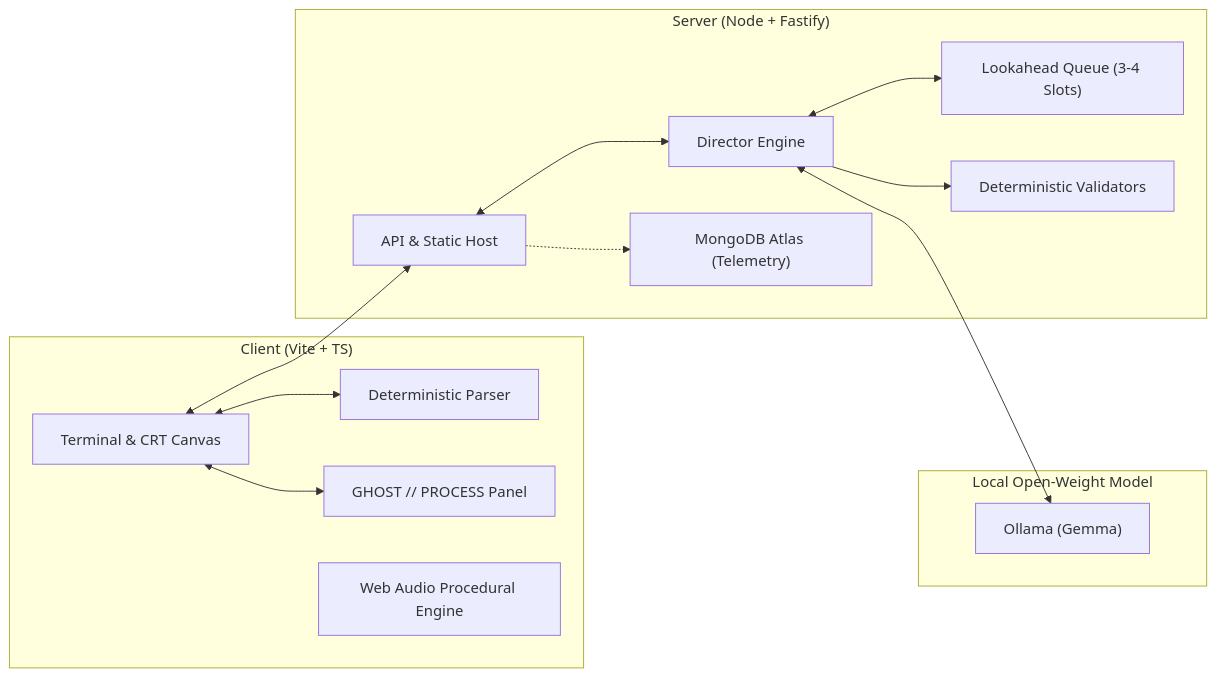
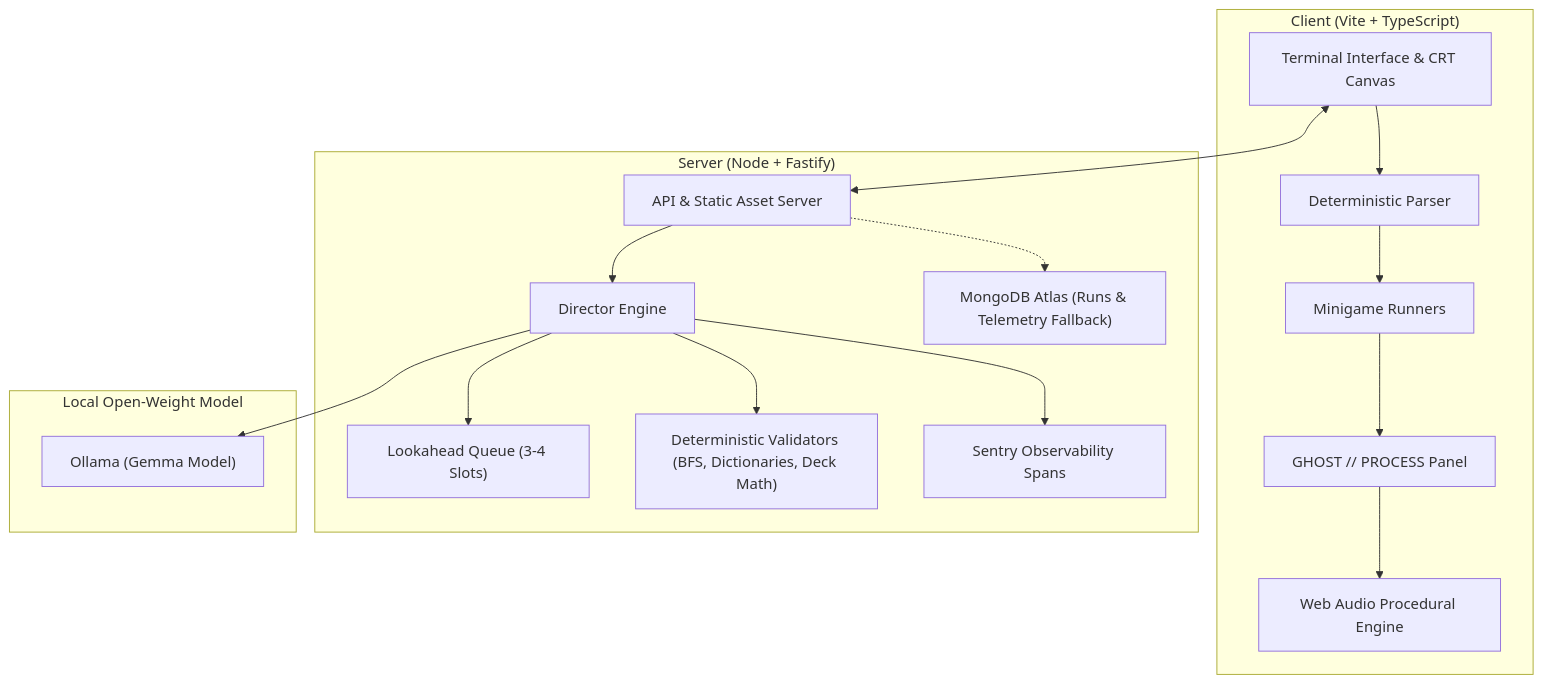
One commit to An16og/WAKE changed the diagram in README.md. Above: the diagram before and after it, drawn with Mermaid. The commit also changed other lines of this file and 3 other files, not shown here.

````diff
--- a/README.md
+++ b/README.md
@@ -27,30 +32,36 @@
 ```mermaid
-flowchart LR
-    subgraph Browser ["Client (Vite + TS)"]
-        UI["Terminal & CRT Canvas"]
+flowchart TD
+    subgraph Browser ["Client (Vite + TypeScript)"]
+        UI["Terminal Interface & CRT Canvas"]
         Parser["Deterministic Parser"]
-        Panel["GHOST // PROCESS Panel"]
+        SidePanel["GHOST // PROCESS Panel"]
         Audio["Web Audio Procedural Engine"]
+        Runner["Minigame Runners"]
     end
 
     subgraph Server ["Server (Node + Fastify)"]
-        API["API & Static Host"]
+        API["API & Static Asset Server"]
         Director["Director Engine"]
         Queue["Lookahead Queue (3-4 Slots)"]
-        Validator["Deterministic Validators"]
-        Mongo["MongoDB Atlas (Telemetry)"]
+        Validators["Deterministic Validators (BFS, Dictionaries, Deck Math)"]
+        DB["MongoDB Atlas (Runs & Telemetry Fallback)"]
+        Sentry["Sentry Observability Spans"]
     end
 
     subgraph AI ["Local Open-Weight Model"]
-        Ollama["Ollama (Gemma)"]
+        Ollama["Ollama (Gemma Model)"]
     end
 
-    UI <--> Parser
-    UI <--> Panel
+    UI --> Parser
+    Parser --> Runner
+    Runner --> SidePanel
+    SidePanel --> Audio
+
     UI <--> API
-    API <--> Director
-    Director <--> Queue
-    Director <--> Ollama
-    Director --> Validator
-    API -.-> Mongo
+    API --> Director
+    Director --> Queue
+    Director --> Ollama
+    Director --> Validators
+    Director --> Sentry
+    API -.-> DB
 ```
````
